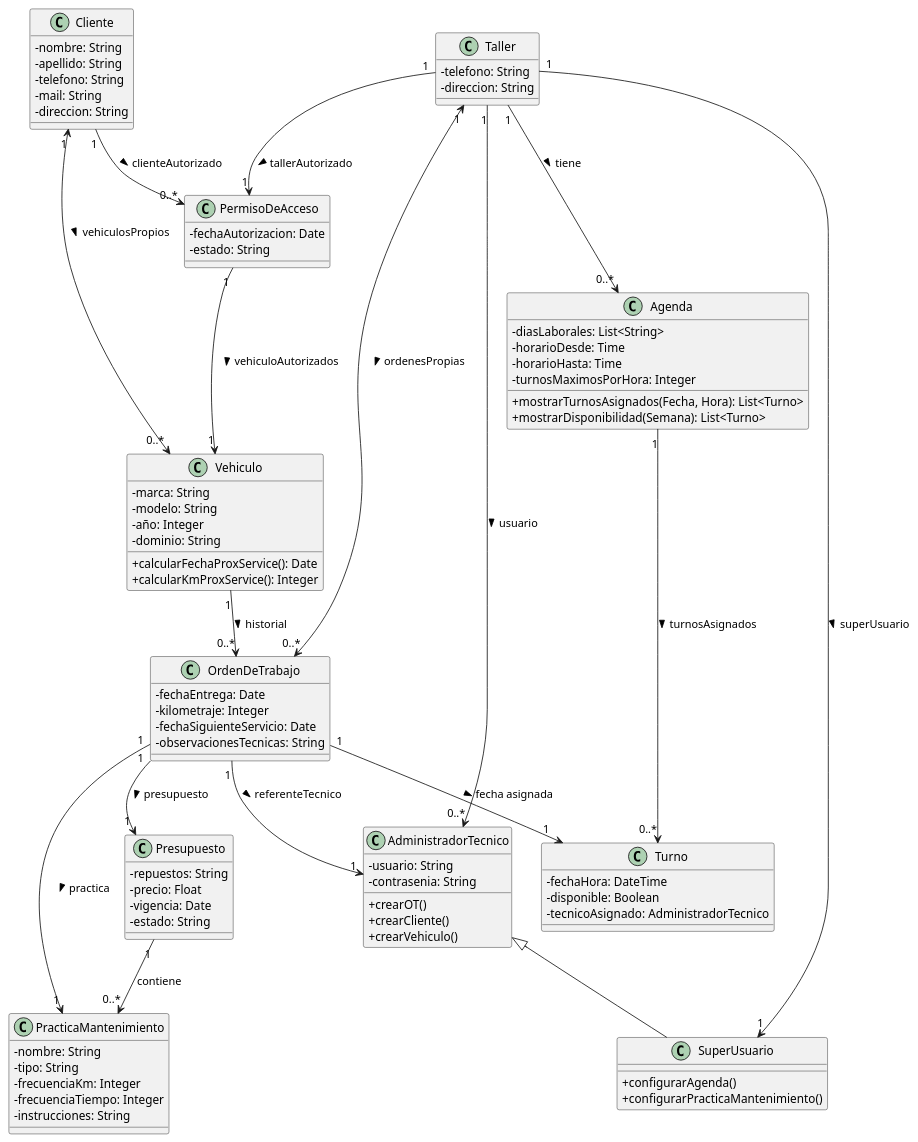
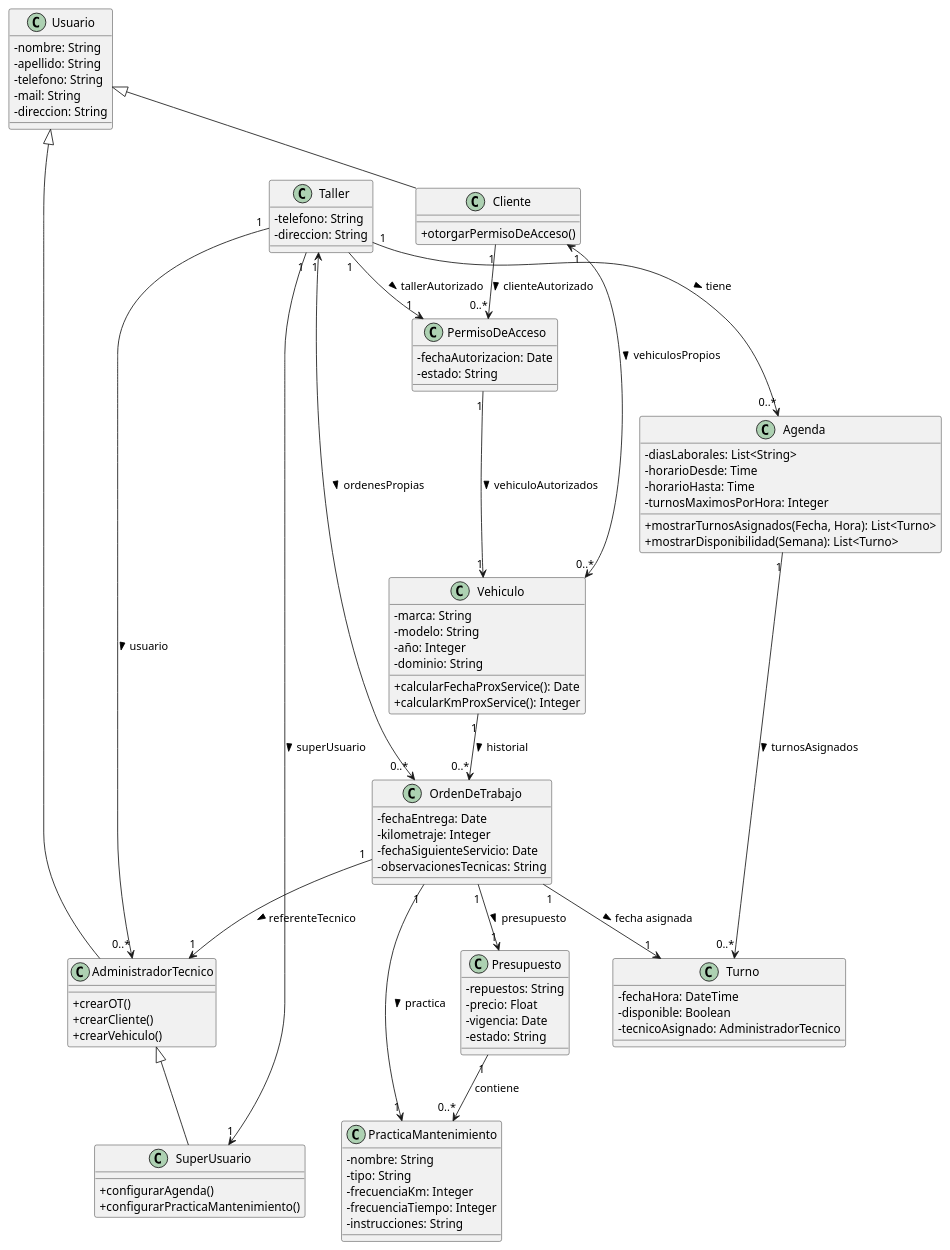
Before and after one commit to alexisbelesia/proyecto-Autolog: the diagram in UML/autologUML.puml, drawn with PlantUML.

Commit message:
Modificacion UML: agrego clase usuario de la cual heredan cliente y adminstradorTecnico.

```diff
--- a/UML/autologUML.puml
+++ b/UML/autologUML.puml
@@ -1,111 +1,118 @@
 @startuml Autolog
 skinparam classAttributeIconSize 0
 
 class Vehiculo {
   - marca: String
   - modelo: String
   - año: Integer
   - dominio: String
   
   
   + calcularFechaProxService(): Date
   + calcularKmProxService(): Integer
 }
 
-class Cliente {
+class Usuario {
   - nombre: String
   - apellido: String
   - telefono: String
   - mail: String
   - direccion: String
 }
 
 class OrdenDeTrabajo {
   
   - fechaEntrega: Date
   - kilometraje: Integer
   - fechaSiguienteServicio: Date
   - observacionesTecnicas: String
 
   
 }
 
 class Taller {
   - telefono: String
   - direccion: String
  
 }
-
+class Cliente {
+  + otorgarPermisoDeAcceso()
+}
 class AdministradorTecnico {
-    - usuario: String
-    - contrasenia: String
+    
     
     + crearOT()
     + crearCliente()
     + crearVehiculo()
 }
 
 class SuperUsuario {
     + configurarAgenda()
     + configurarPracticaMantenimiento()
 }
 
 
 class PermisoDeAcceso {
   - fechaAutorizacion: Date
   - estado: String
 }
 
 class PracticaMantenimiento {
   - nombre: String
   - tipo: String
   - frecuenciaKm: Integer
   - frecuenciaTiempo: Integer
   - instrucciones: String
 }
 
 class Presupuesto {
   - repuestos: String
   - precio: Float
   - vigencia: Date
   - estado: String
 }
 
 class Agenda {
   - diasLaborales: List<String>
   - horarioDesde: Time
   - horarioHasta: Time
   - turnosMaximosPorHora: Integer
 
   + mostrarTurnosAsignados(Fecha, Hora): List<Turno>
   + mostrarDisponibilidad(Semana): List<Turno>
 }
 
 class Turno {
   - fechaHora: DateTime
   - disponible: Boolean
   - tecnicoAsignado: AdministradorTecnico
 }
 
 ' Relaciones
+Usuario <|-- Cliente
+Usuario <|-- AdministradorTecnico
 Cliente "1" <--> "0..*" Vehiculo : vehiculosPropios >
 Cliente "1" --> "0..*" PermisoDeAcceso : clienteAutorizado >
+
+AdministradorTecnico <|-- SuperUsuario
+
 Vehiculo "1" --> "0..*" OrdenDeTrabajo : historial >
 
 OrdenDeTrabajo "1" --> "1" AdministradorTecnico : referenteTecnico >
 OrdenDeTrabajo "1" --> "1" PracticaMantenimiento : practica >
 OrdenDeTrabajo "1" --> "1" Presupuesto : presupuesto >
 OrdenDeTrabajo "1" --> "1" Turno : fecha asignada >
 
 Taller "1" <--> "0..*" OrdenDeTrabajo : ordenesPropias >
 Taller "1" --> "1" SuperUsuario : superUsuario >
 Taller "1" --> "0..*" AdministradorTecnico : usuario >
 Taller "1" --> "0..*" Agenda : tiene >
-AdministradorTecnico <|-- SuperUsuario
+
+
 PermisoDeAcceso "1" --> "1" Vehiculo : vehiculoAutorizados >
 Taller "1" --> "1" PermisoDeAcceso : tallerAutorizado >
 Agenda "1" --> "0..*" Turno : turnosAsignados >
 
 Presupuesto "1" --> "0..*" PracticaMantenimiento : contiene
 
 @enduml
```
